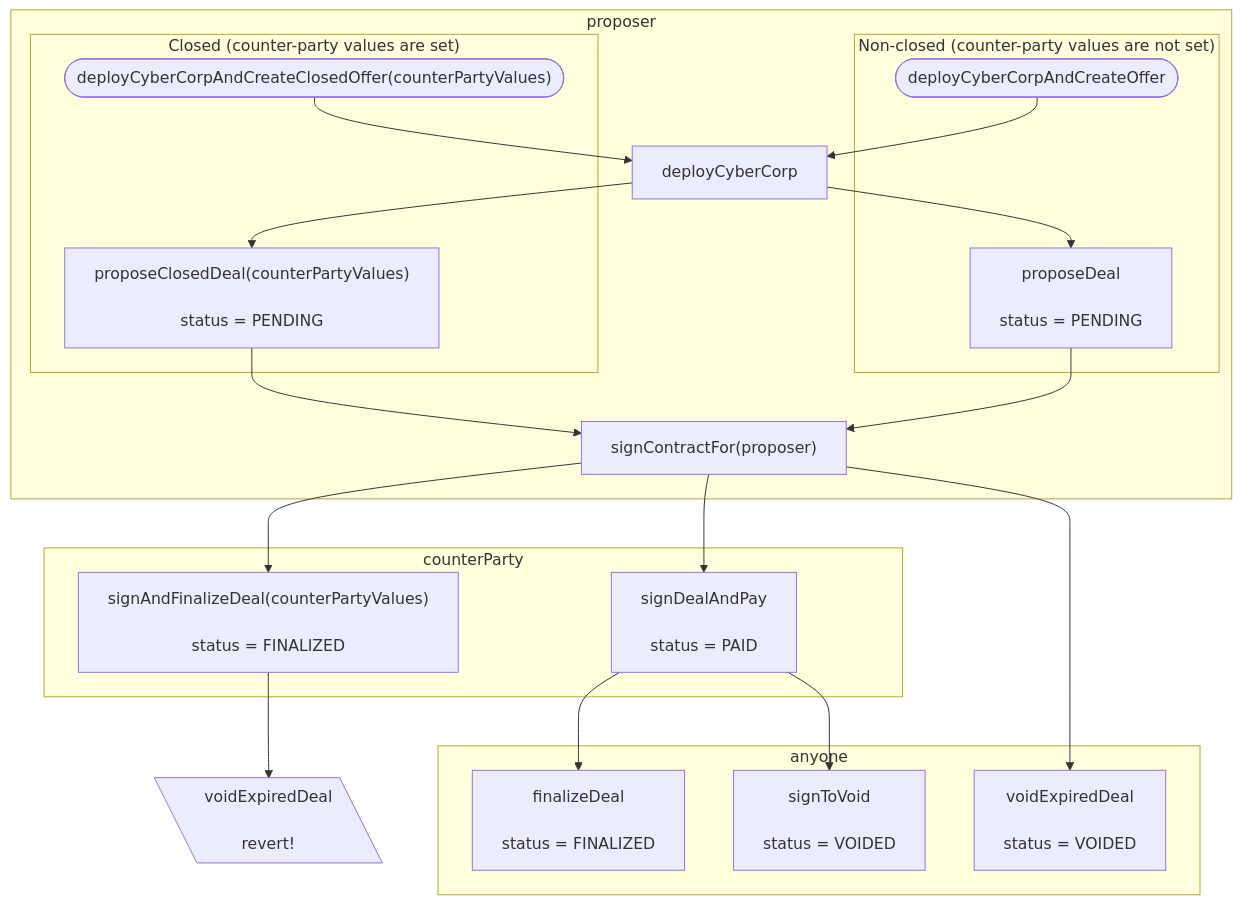
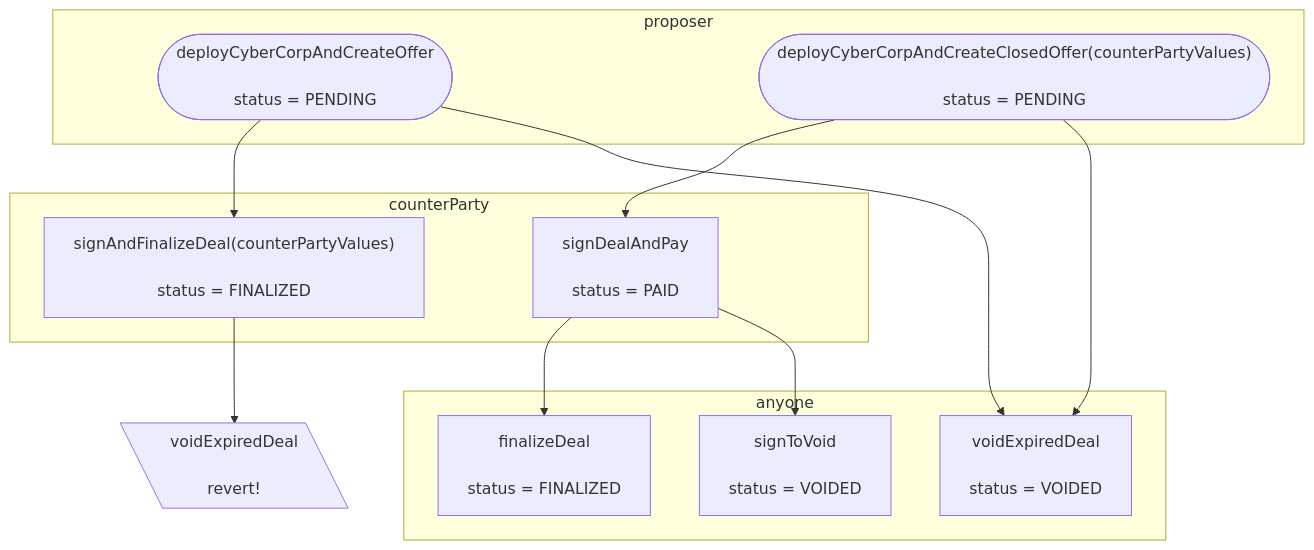
One commit to MetaLex-Tech/cybercorps-contracts changed the diagram in README.md. Above: the diagram before and after it, drawn with Mermaid.

Commit message:
chore: Add diagram for close/non-close deal workflows

````diff
--- a/README.md
+++ b/README.md
@@ -70,48 +70,30 @@
 ```mermaid
 graph TD
     subgraph proposer
-        subgraph nonClosed["Non-closed (counter-party values are not set)"]
-            deployCyberCorpAndCreateOffer(["deployCyberCorpAndCreateOffer"])
-            proposeDeal[proposeDeal<br><br>status = PENDING]
-        end
+        deployCyberCorpAndCreateOffer(["deployCyberCorpAndCreateOffer<br><br>status = PENDING"])
         
-        subgraph closed["Closed (counter-party values are set)"]
-            deployCyberCorpAndCreateClosedOffer(["deployCyberCorpAndCreateClosedOffer(counterPartyValues)"])
-            proposeClosedDeal["proposeClosedDeal(counterPartyValues)<br><br>status = PENDING"]
-        end
-        
-        deployCyberCorp
-        
-        signContractFor["signContractFor(proposer)"]
+        deployCyberCorpAndCreateClosedOffer(["deployCyberCorpAndCreateClosedOffer(counterPartyValues)<br><br>status = PENDING"])                
     end
     
     subgraph counterParty
         signAndFinalizeDeal["signAndFinalizeDeal(counterPartyValues)<br><br>status = FINALIZED"]
         signDealAndPay["signDealAndPay<br><br>status = PAID"]
     end
     
     subgraph anyone
         finalizeDeal["finalizeDeal<br><br>status = FINALIZED"]
         voidExpiredDeal["voidExpiredDeal<br><br>status = VOIDED"]
         signToVoid["signToVoid<br><br>status = VOIDED"]
     end
     
-    deployCyberCorpAndCreateOffer([deployCyberCorpAndCreateOffer])
-        --> deployCyberCorp 
-        --> proposeDeal 
-        --> signContractFor
+    deployCyberCorpAndCreateOffer --> signAndFinalizeDeal
+    deployCyberCorpAndCreateClosedOffer --> signDealAndPay
     
-    deployCyberCorpAndCreateClosedOffer
-        --> deployCyberCorp
-        --> proposeClosedDeal 
-        --> signContractFor
-        
-    signContractFor --> signAndFinalizeDeal
-    signContractFor --> signDealAndPay
-    signContractFor --> voidExpiredDeal
+    deployCyberCorpAndCreateOffer --> voidExpiredDeal
+    deployCyberCorpAndCreateClosedOffer --> voidExpiredDeal
     
     signDealAndPay --> finalizeDeal
     signDealAndPay --> signToVoid
     
     signAndFinalizeDeal --> voidExpiredDealRevert[\"voidExpiredDeal<br><br>revert!"\]
 ```
````
